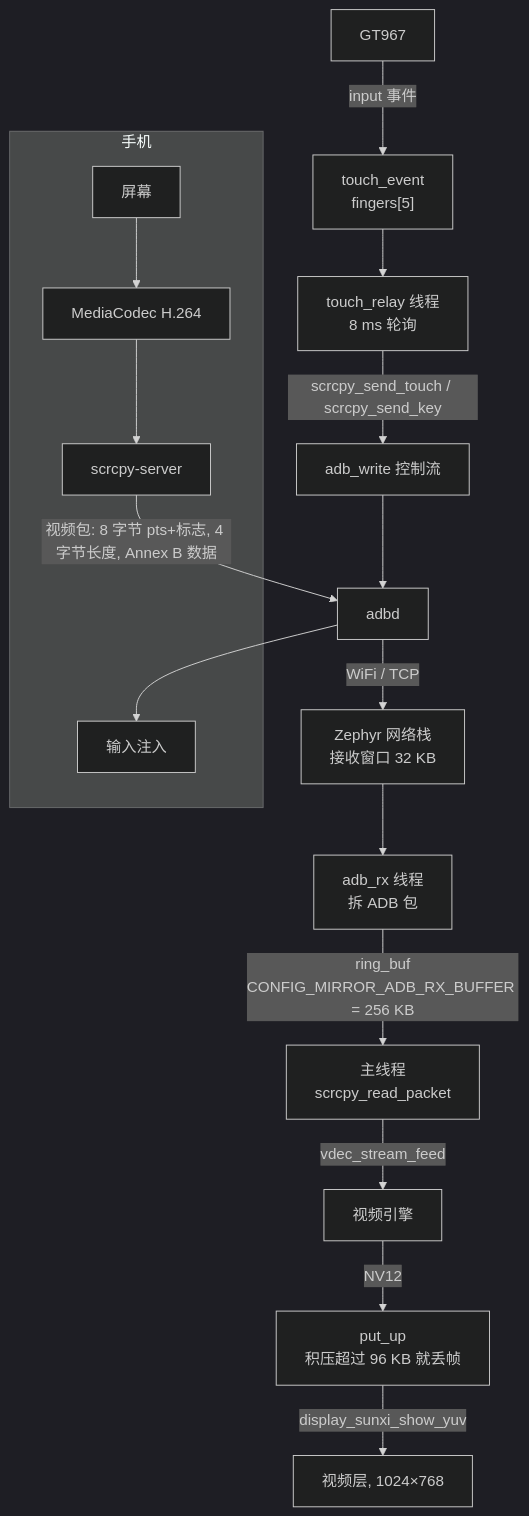
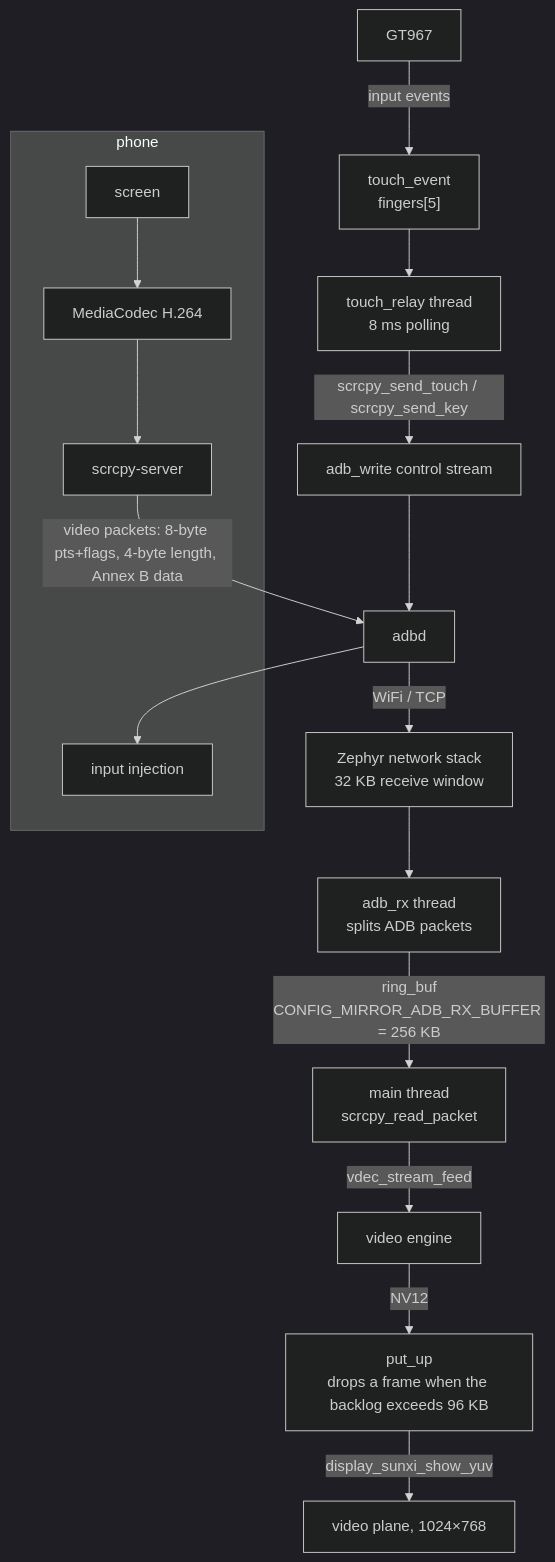
Before and after one commit to YuzukiHD/YuzukiNeko: the fifth of 5 diagrams in docs/src/content/docs/dev/zephyr/apps/android-mirror.md, drawn with Mermaid (dark theme). The commit also changed other lines of this file and 216 other files, not shown here.

````diff
--- a/docs/src/content/docs/dev/zephyr/apps/android-mirror.md
+++ b/docs/src/content/docs/dev/zephyr/apps/android-mirror.md
@@ -643,19 +643,19 @@
 ```mermaid
 flowchart TB
-    subgraph PH["手机"]
-        FB["屏幕"] --> ENC["MediaCodec H.264"] --> SRV["scrcpy-server"]
-        INJ["输入注入"]
+    subgraph PH["phone"]
+        FB["screen"] --> ENC["MediaCodec H.264"] --> SRV["scrcpy-server"]
+        INJ["input injection"]
     end
-    SRV -->|"视频包: 8 字节 pts+标志, 4 字节长度, Annex B 数据"| ADBD["adbd"]
-    ADBD -->|"WiFi / TCP"| NET["Zephyr 网络栈<br/>接收窗口 32 KB"]
-    NET --> RX["adb_rx 线程<br/>拆 ADB 包"]
-    RX -->|"ring_buf<br/>CONFIG_MIRROR_ADB_RX_BUFFER = 256 KB"| MAIN["主线程<br/>scrcpy_read_packet"]
-    MAIN -->|"vdec_stream_feed"| VE["视频引擎"]
-    VE -->|"NV12"| PUT["put_up<br/>积压超过 96 KB 就丢帧"]
-    PUT -->|"display_sunxi_show_yuv"| LCD["视频层, 1024×768"]
-    GT["GT967"] -->|"input 事件"| CB["touch_event<br/>fingers[5]"]
-    CB --> REL["touch_relay 线程<br/>8 ms 轮询"]
-    REL -->|"scrcpy_send_touch / scrcpy_send_key"| W["adb_write 控制流"]
+    SRV -->|"video packets: 8-byte pts+flags, 4-byte length, Annex B data"| ADBD["adbd"]
+    ADBD -->|"WiFi / TCP"| NET["Zephyr network stack<br/>32 KB receive window"]
+    NET --> RX["adb_rx thread<br/>splits ADB packets"]
+    RX -->|"ring_buf<br/>CONFIG_MIRROR_ADB_RX_BUFFER = 256 KB"| MAIN["main thread<br/>scrcpy_read_packet"]
+    MAIN -->|"vdec_stream_feed"| VE["video engine"]
+    VE -->|"NV12"| PUT["put_up<br/>drops a frame when the backlog exceeds 96 KB"]
+    PUT -->|"display_sunxi_show_yuv"| LCD["video plane, 1024×768"]
+    GT["GT967"] -->|"input events"| CB["touch_event<br/>fingers[5]"]
+    CB --> REL["touch_relay thread<br/>8 ms polling"]
+    REL -->|"scrcpy_send_touch / scrcpy_send_key"| W["adb_write control stream"]
     W --> ADBD
     ADBD --> INJ
 ```
````
